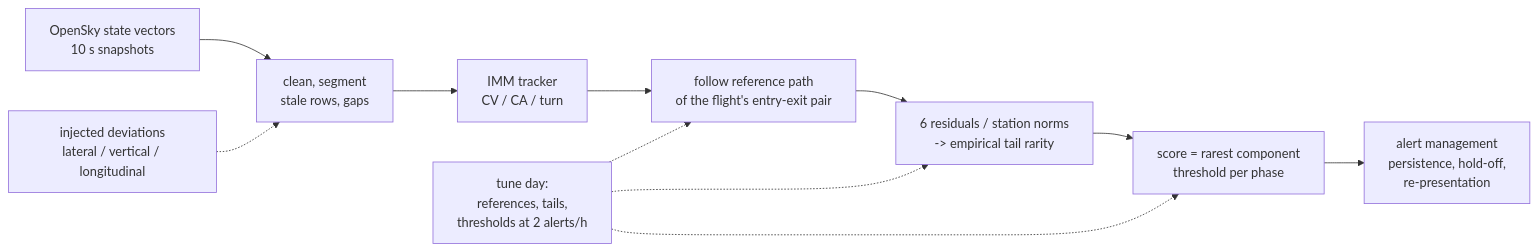
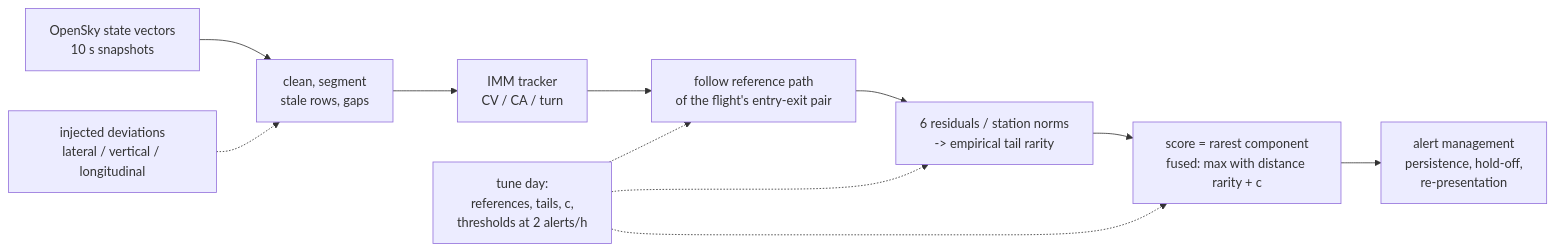
One commit to beriltatli/trajectory-conformance changed the diagram in README.md. Above: the diagram before and after it, drawn with Mermaid. The commit also changed other lines of this file and 1 other file, not shown here.

````diff
--- a/README.md
+++ b/README.md
@@ -19,13 +62,13 @@
 ```mermaid
 flowchart LR
   A[OpenSky state vectors<br/>10 s snapshots] --> B[clean, segment<br/>stale rows, gaps]
   B --> C[IMM tracker<br/>CV / CA / turn]
   C --> D[follow reference path<br/>of the flight's entry-exit pair]
   D --> E[6 residuals / station norms<br/>-> empirical tail rarity]
-  E --> F[score = rarest component<br/>threshold per phase]
+  E --> F[score = rarest component<br/>fused: max with distance rarity + c]
   F --> G[alert management<br/>persistence, hold-off,<br/>re-presentation]
-  H[tune day:<br/>references, tails,<br/>thresholds at 2 alerts/h] -.-> D
+  H[tune day:<br/>references, tails, c,<br/>thresholds at 2 alerts/h] -.-> D
   H -.-> E
   H -.-> F
   I[injected deviations<br/>lateral / vertical / longitudinal] -.-> B
 ```
````
